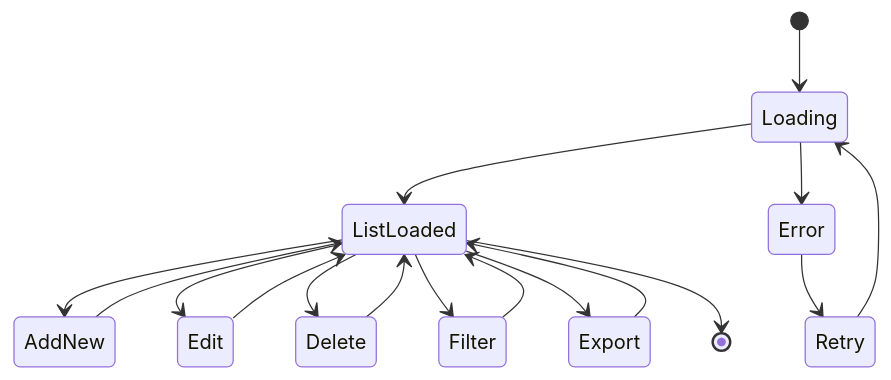
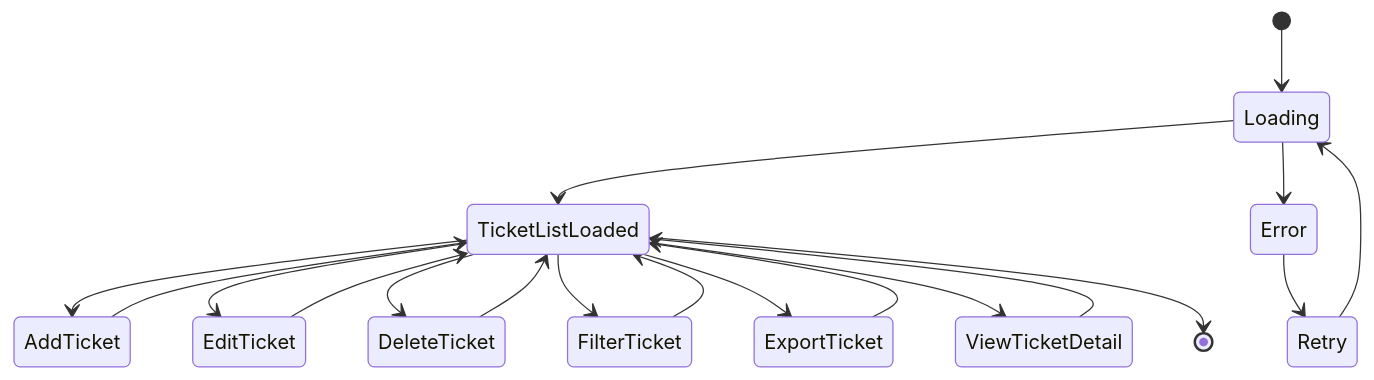
The diagram in docs/support/ticket/state-diagram.md (Atiz-Innovation/EaseMe), drawn with Mermaid before and after one commit. The commit also changed other lines of this file and 6 other files, not shown here.

````diff
--- a/docs/support/ticket/state-diagram.md
+++ b/docs/support/ticket/state-diagram.md
@@ -3,19 +3,21 @@
 ```mermaid
 stateDiagram-v2
-   [*] --> Loading
-   Loading --> ListLoaded
-   Loading --> Error
-   ListLoaded --> AddNew
-   AddNew --> ListLoaded
-   ListLoaded --> Edit
-   Edit --> ListLoaded
-   ListLoaded --> Delete
-   Delete --> ListLoaded
-   ListLoaded --> Filter
-   Filter --> ListLoaded
-   ListLoaded --> Export
-   Export --> ListLoaded
-   ListLoaded --> [*]
-   Error --> Retry
-   Retry --> Loading
+    [*] --> Loading
+    Loading --> TicketListLoaded
+    Loading --> Error
+    TicketListLoaded --> AddTicket
+    AddTicket --> TicketListLoaded
+    TicketListLoaded --> EditTicket
+    EditTicket --> TicketListLoaded
+    TicketListLoaded --> DeleteTicket
+    DeleteTicket --> TicketListLoaded
+    TicketListLoaded --> FilterTicket
+    FilterTicket --> TicketListLoaded
+    TicketListLoaded --> ExportTicket
+    ExportTicket --> TicketListLoaded
+    TicketListLoaded --> ViewTicketDetail
+    ViewTicketDetail --> TicketListLoaded
+    TicketListLoaded --> [*]
+    Error --> Retry
+    Retry --> Loading
 ```
````
